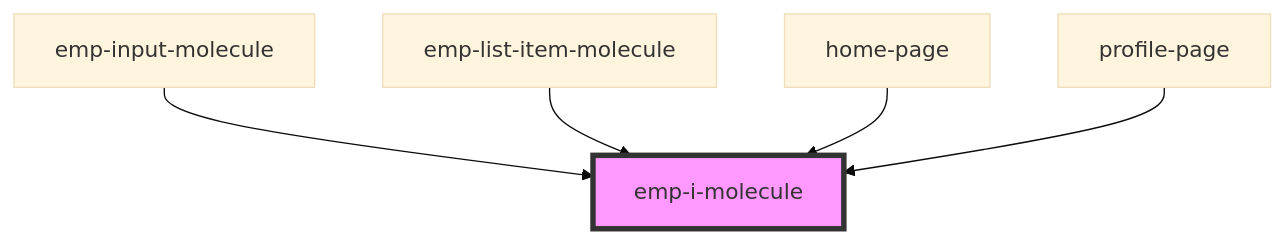
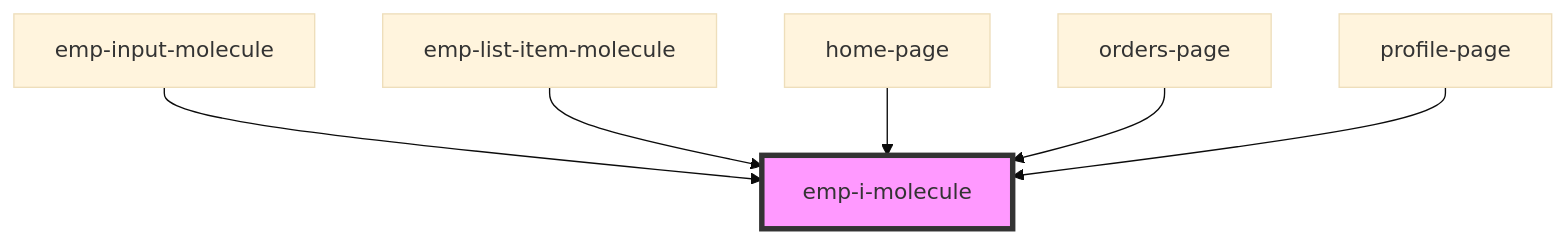
Before and after one commit to Flowrome/empatica: the diagram in empatica-frontend/src/components/molecules/emp-i.molecule/readme.md, drawn with Mermaid (base theme). The commit also changed other lines of this file and 13 other files, not shown here.

````diff
--- a/empatica-frontend/src/components/molecules/emp-i.molecule/readme.md
+++ b/empatica-frontend/src/components/molecules/emp-i.molecule/readme.md
@@ -27,8 +28,9 @@
 ```mermaid
 graph TD;
   emp-input-molecule --> emp-i-molecule
   emp-list-item-molecule --> emp-i-molecule
   home-page --> emp-i-molecule
+  orders-page --> emp-i-molecule
   profile-page --> emp-i-molecule
   style emp-i-molecule fill:#f9f,stroke:#333,stroke-width:4px
 ```
````
